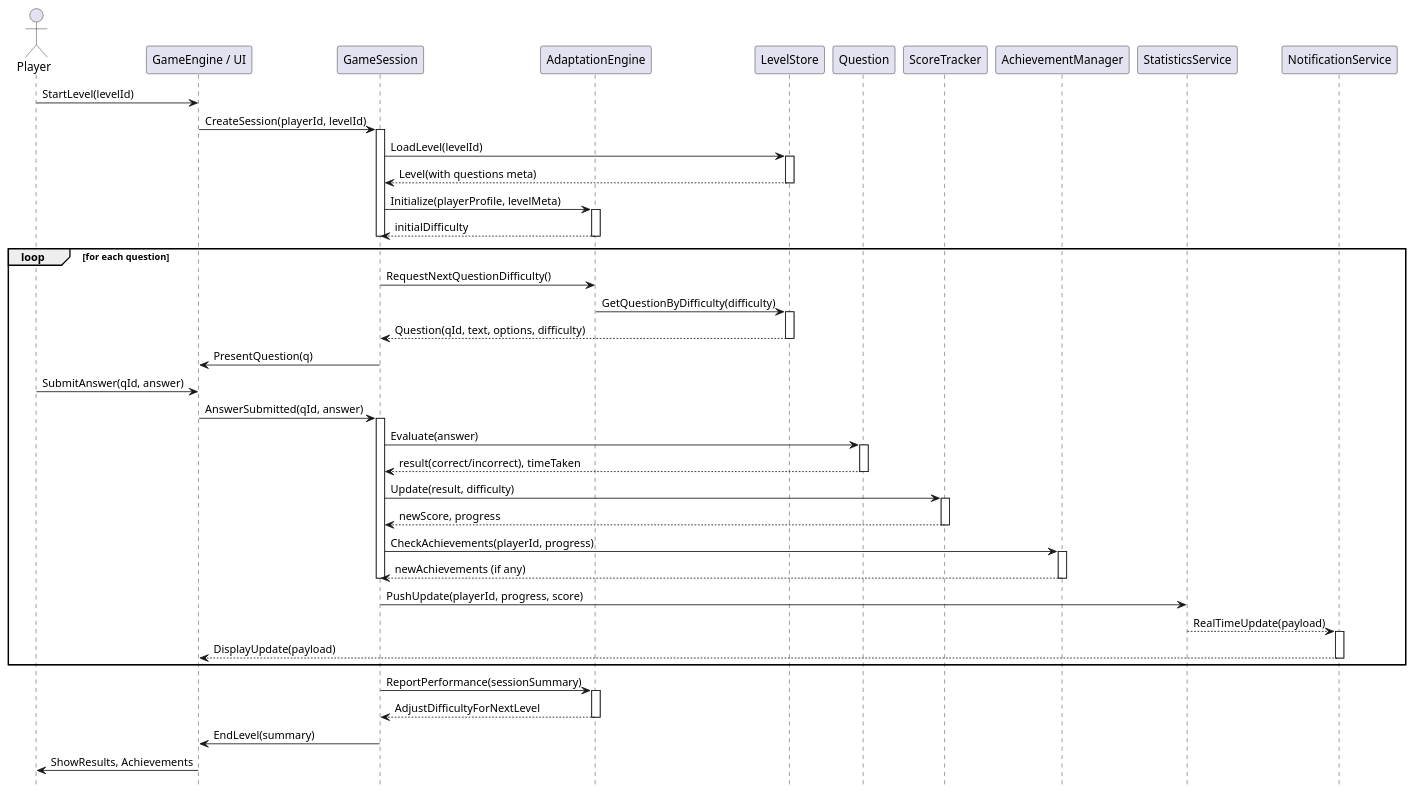
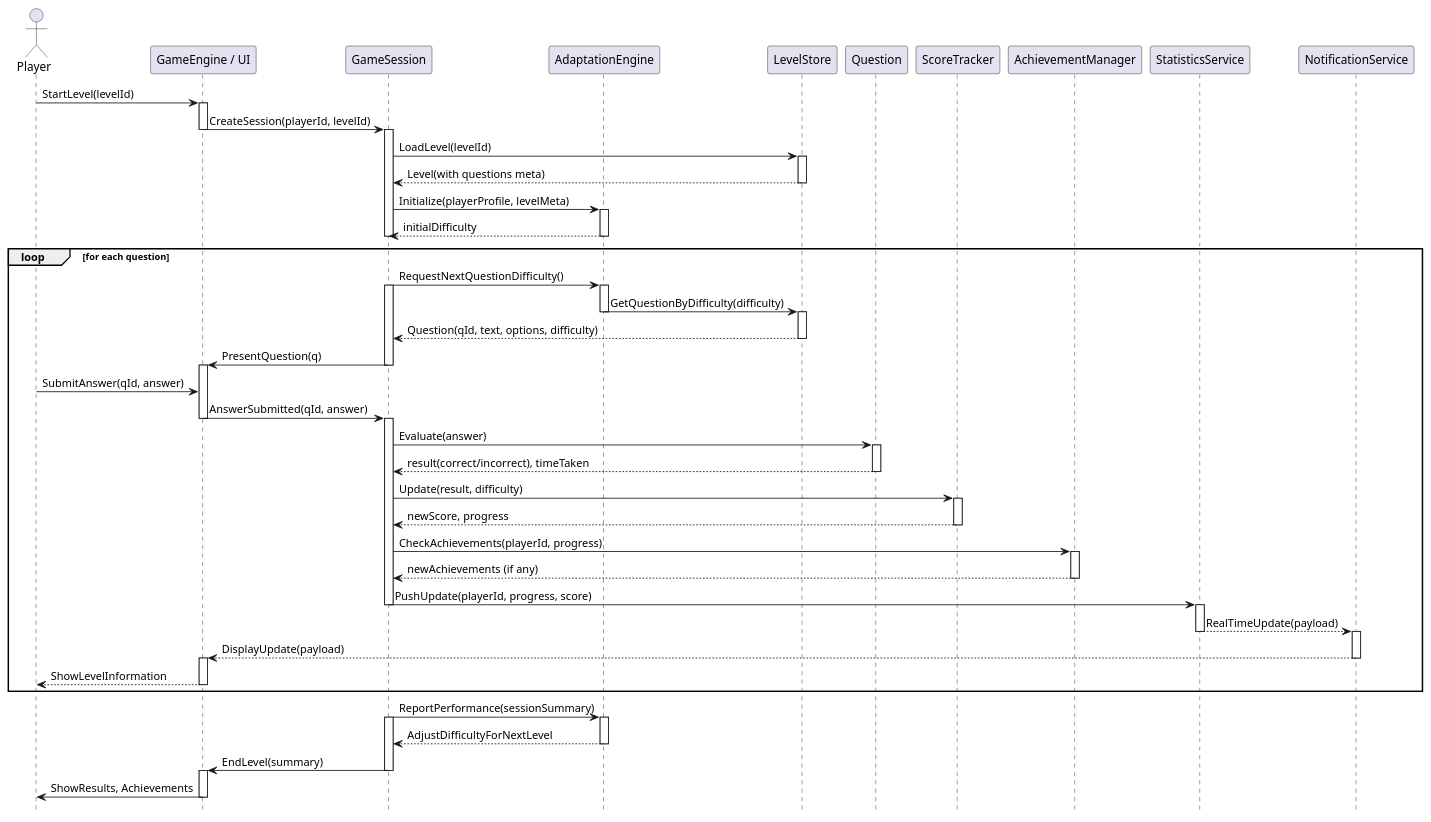
Before and after one commit to IvanZavaliy/SoftwareArchitecture: the diagram in Practice1/SequenceDiagram.puml, drawn with PlantUML. The commit also changed 13 other files, not shown here.

Commit message:
Edit UML Diagrams

```diff
--- a/Practice1/SequenceDiagram.puml
+++ b/Practice1/SequenceDiagram.puml
@@ -1,66 +1,83 @@
 @startuml
 actor Player
 participant "GameEngine / UI" as UI
 participant "GameSession" as Session
 participant "AdaptationEngine" as Adapt
 participant "LevelStore" as Store
 participant "Question" as Q
 participant "ScoreTracker" as Score
 participant "AchievementManager" as Ach
 participant "StatisticsService" as Stats
 participant "NotificationService" as Notify
 
 Player -> UI : StartLevel(levelId)
+activate UI
 UI -> Session : CreateSession(playerId, levelId)
+deactivate UI
 activate Session
 Session -> Store : LoadLevel(levelId)
 activate Store
 Store --> Session : Level(with questions meta)
 deactivate Store
 Session -> Adapt : Initialize(playerProfile, levelMeta)
 activate Adapt
 Adapt --> Session : initialDifficulty
 deactivate Adapt
 deactivate Session
 
 
 loop for each question
     Session -> Adapt : RequestNextQuestionDifficulty()
+    activate Session
+    activate Adapt
     Adapt -> Store : GetQuestionByDifficulty(difficulty)
+    deactivate Adapt
     activate Store
     Store --> Session : Question(qId, text, options, difficulty)
     deactivate Store
     Session -> UI : PresentQuestion(q)
+    deactivate Session
+    activate UI
     Player -> UI : SubmitAnswer(qId, answer)
     UI -> Session : AnswerSubmitted(qId, answer)
+    deactivate UI
     activate Session
     Session -> Q : Evaluate(answer)
     activate Q
     Q --> Session : result(correct/incorrect), timeTaken
     deactivate Q
     Session -> Score : Update(result, difficulty)
     activate Score
     Score --> Session : newScore, progress
     deactivate Score
     Session -> Ach : CheckAchievements(playerId, progress)
     activate Ach
     Ach --> Session : newAchievements (if any)
     deactivate Ach
+    Session -> Stats : PushUpdate(playerId, progress, score)
     deactivate Session
-    Session -> Stats : PushUpdate(playerId, progress, score)
+    activate Stats
     Stats --> Notify : RealTimeUpdate(payload)
+    deactivate Stats
     activate Notify
     Notify --> UI : DisplayUpdate(payload)
     deactivate Notify
+    activate UI
+    UI --> Player : ShowLevelInformation
+    deactivate UI
 end
 
 Session -> Adapt : ReportPerformance(sessionSummary)
+activate Session
 activate Adapt
 Adapt --> Session : AdjustDifficultyForNextLevel
 deactivate Adapt
 Session -> UI : EndLevel(summary)
+deactivate Session
+activate UI
 UI -> Player : ShowResults, Achievements
+deactivate UI
 
 hide footbox
 
 @enduml
```
